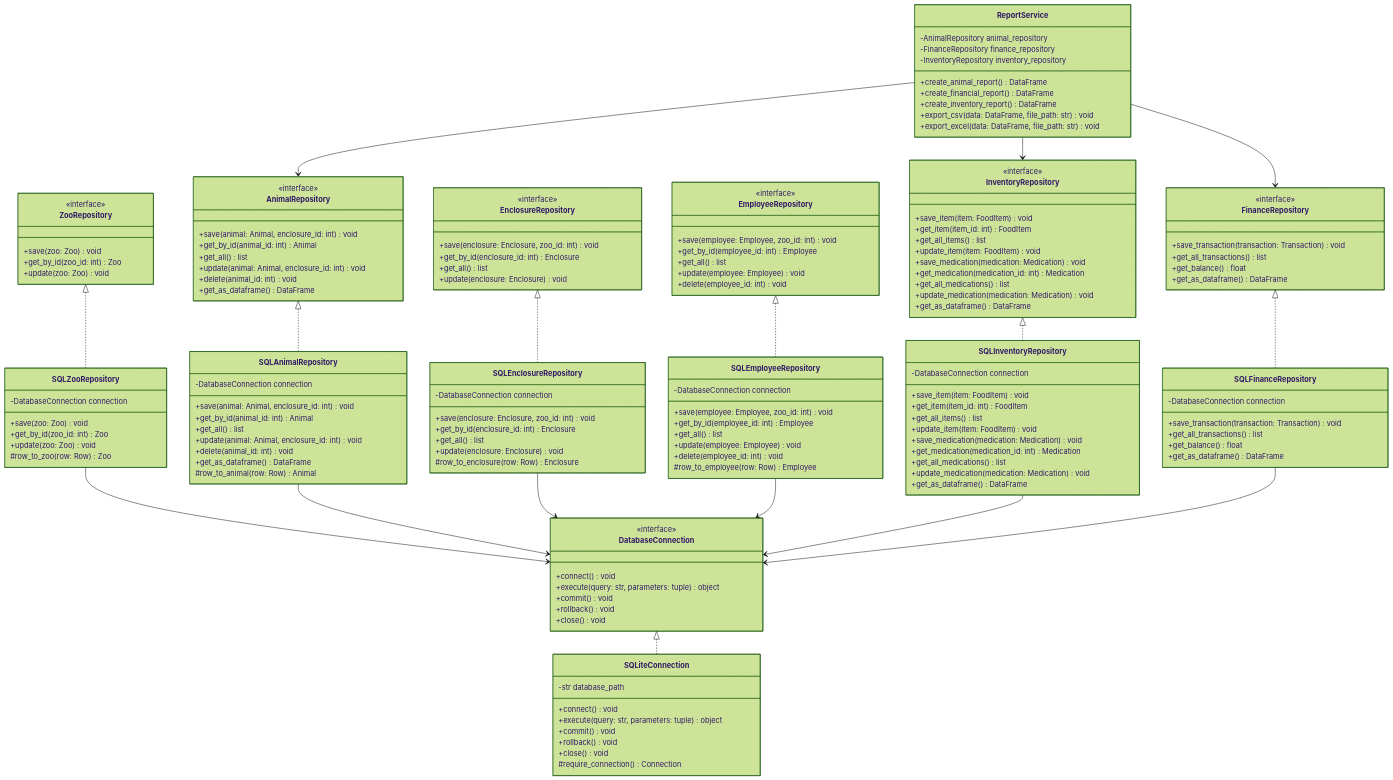
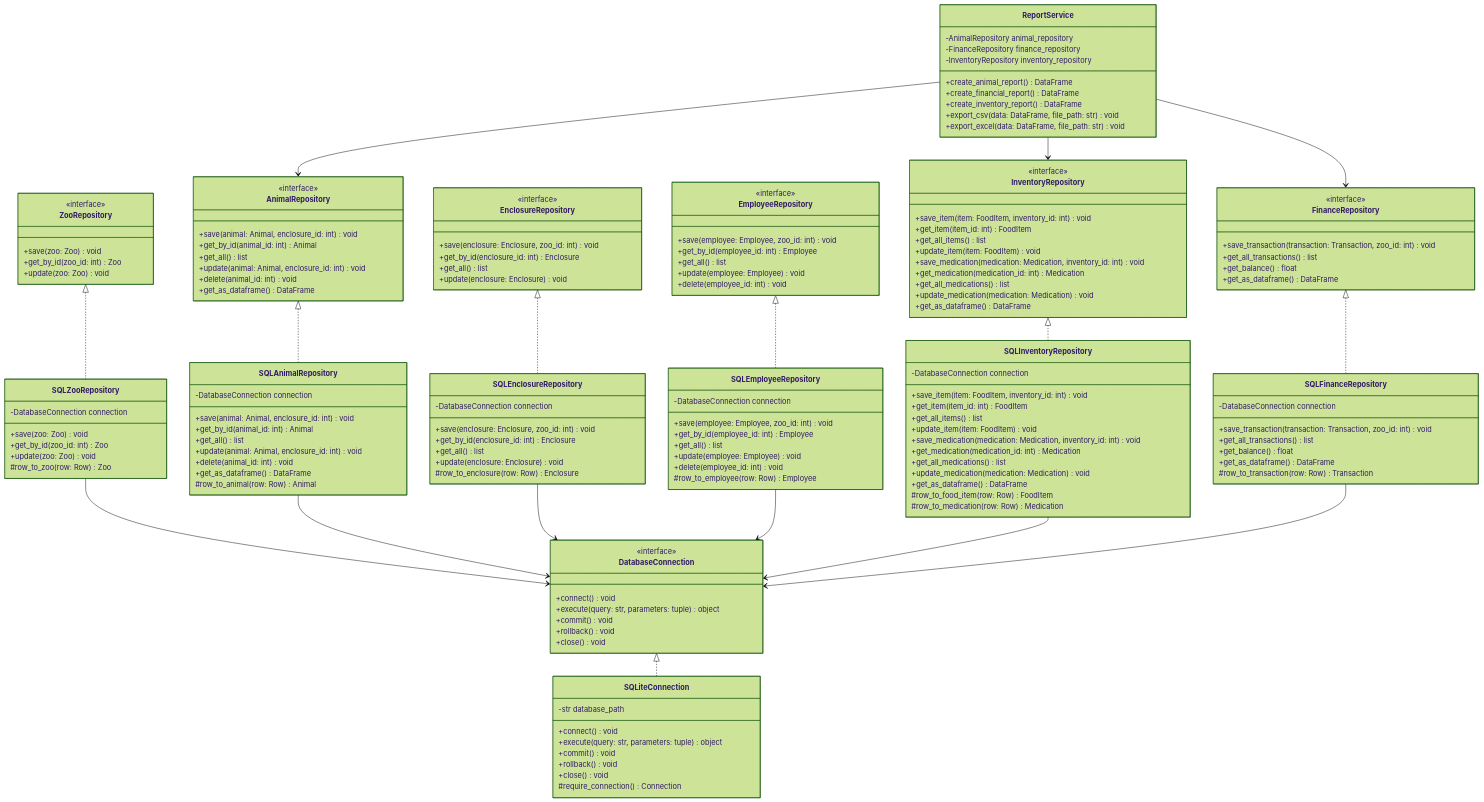
The diagram in zoo_simulation/docs/planning_db_kaiss.md (Darnell-Beganovic/zms-BBS), drawn with Mermaid (forest theme) before and after one commit. The commit also changed other lines of this file and 1 other file, not shown here.

Commit message:
plan changes

```diff
--- a/zoo_simulation/docs/planning_db_kaiss.md
+++ b/zoo_simulation/docs/planning_db_kaiss.md
@@ -95,11 +95,11 @@
 
     class InventoryRepository {
         <<interface>>
-        +save_item(item: FoodItem) void
+        +save_item(item: FoodItem, inventory_id: int) void
         +get_item(item_id: int) FoodItem
         +get_all_items() list
         +update_item(item: FoodItem) void
-        +save_medication(medication: Medication) void
+        +save_medication(medication: Medication, inventory_id: int) void
         +get_medication(medication_id: int) Medication
         +get_all_medications() list
         +update_medication(medication: Medication) void
@@ -108,7 +108,7 @@
 
     class FinanceRepository {
         <<interface>>
-        +save_transaction(transaction: Transaction) void
+        +save_transaction(transaction: Transaction, zoo_id: int) void
         +get_all_transactions() list
         +get_balance() float
         +get_as_dataframe() DataFrame
@@ -154,23 +154,26 @@
 
     class SQLInventoryRepository {
         -DatabaseConnection connection
-        +save_item(item: FoodItem) void
+        +save_item(item: FoodItem, inventory_id: int) void
         +get_item(item_id: int) FoodItem
         +get_all_items() list
         +update_item(item: FoodItem) void
-        +save_medication(medication: Medication) void
+        +save_medication(medication: Medication, inventory_id: int) void
         +get_medication(medication_id: int) Medication
         +get_all_medications() list
         +update_medication(medication: Medication) void
         +get_as_dataframe() DataFrame
+        #row_to_food_item(row: Row) FoodItem
+        #row_to_medication(row: Row) Medication
     }
 
     class SQLFinanceRepository {
         -DatabaseConnection connection
-        +save_transaction(transaction: Transaction) void
+        +save_transaction(transaction: Transaction, zoo_id: int) void
         +get_all_transactions() list
         +get_balance() float
         +get_as_dataframe() DataFrame
+        #row_to_transaction(row: Row) Transaction
     }
 
     class ReportService {
```
